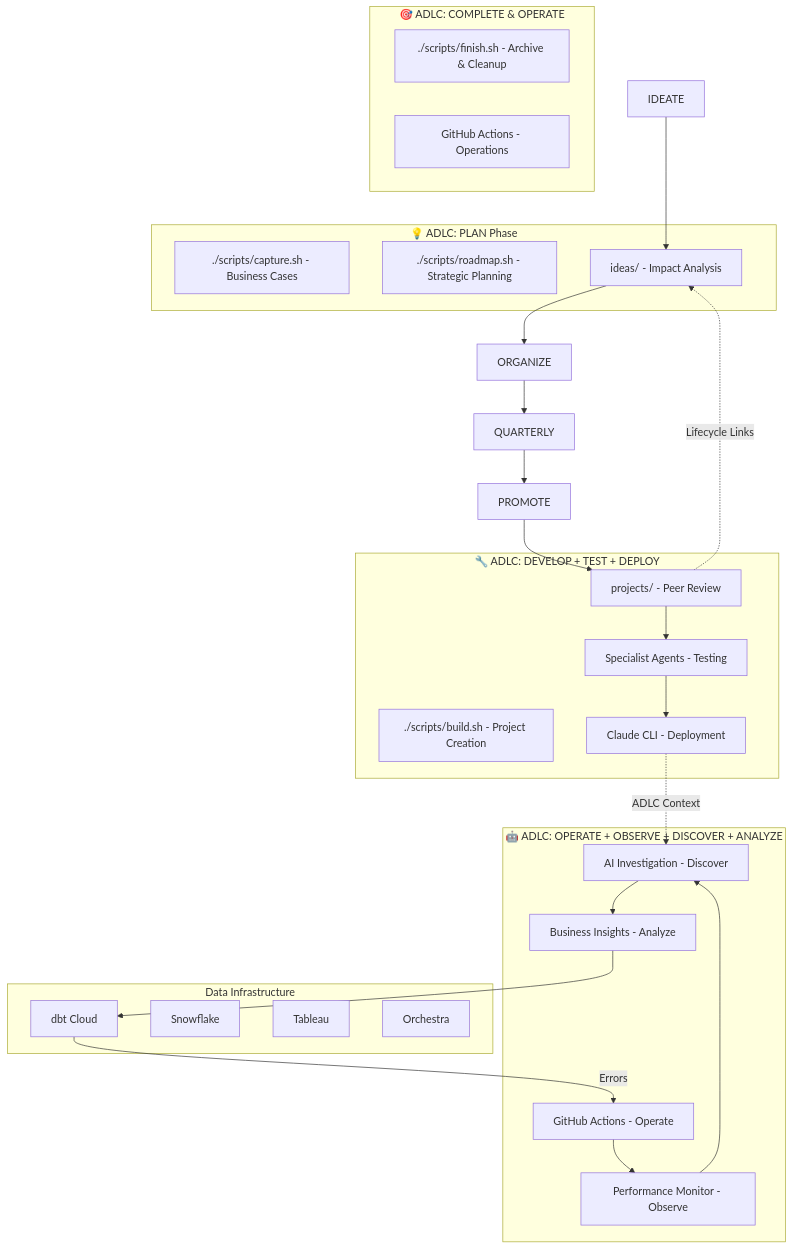
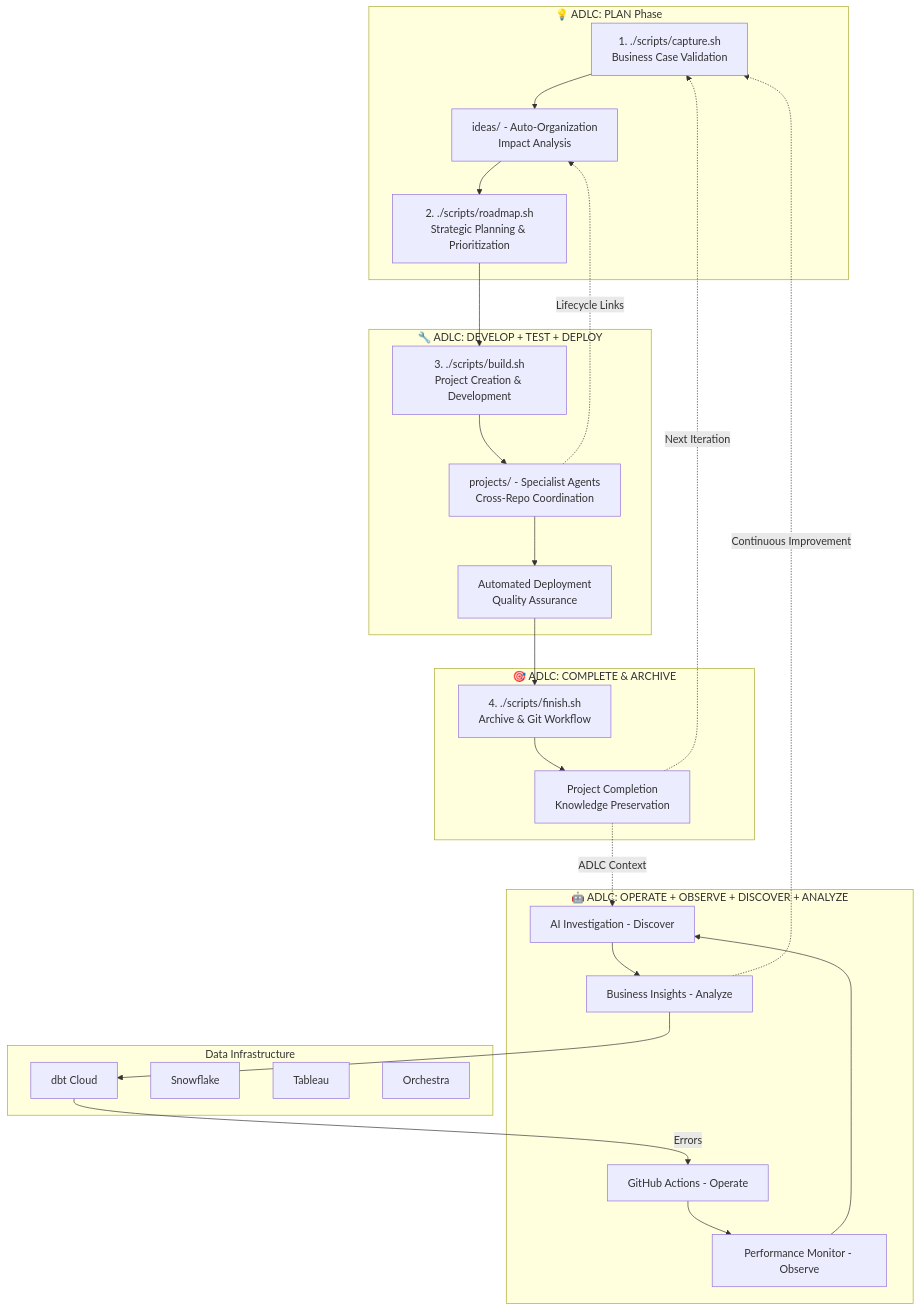
One commit to dylpickledev/claude-adlc-framework changed the diagram in README.md. Above: the diagram before and after it, drawn with Mermaid. The commit also changed other lines of this file, not shown here.

Commit message:
feat: Update README with simplified 4-command ADLC workflow and cleanup (#51)
* feat: Update README mermaid graph to reflect simplified 4-command ADLC workflow

- Numbered the 4 core commands (1-4) for clear sequencing
- Simplified flow from capture → roadmap → build → finish
- Added continuous improvement and next iteration loops
- Enhanced visual clarity with better command descriptions
- Aligned with simplified Analytics Development Lifecycle approach

🤖 Generated with [Claude Code](https://claude.ai/code)

* feat: Remove Cost & ROI section from README

- Cleaned up README to focus on core functionality
- Removed cost/benefit analysis section per user feedback

🤖 Generated with [Claude Code](https://claude.ai/code)

---------

````diff
--- a/README.md
+++ b/README.md
@@ -27,51 +27,57 @@
 ```mermaid
 graph TB
     subgraph "💡 ADLC: PLAN Phase"
-        CAPTURE["./scripts/capture.sh - Business Cases"]
-        ROADMAP["./scripts/roadmap.sh - Strategic Planning"]
-        IDEAS[ideas/ - Impact Analysis]
+        CAPTURE["1. ./scripts/capture.sh<br/>Business Case Validation"]
+        ROADMAP["2. ./scripts/roadmap.sh<br/>Strategic Planning & Prioritization"]
+        IDEAS[ideas/ - Auto-Organization<br/>Impact Analysis]
     end
 
     subgraph "🔧 ADLC: DEVELOP + TEST + DEPLOY"
-        BUILD["./scripts/build.sh - Project Creation"]
-        PROJECTS[projects/ - Peer Review]
-        AGENTS[Specialist Agents - Testing]
-        CLI[Claude CLI - Deployment]
+        BUILD["3. ./scripts/build.sh<br/>Project Creation & Development"]
+        PROJECTS[projects/ - Specialist Agents<br/>Cross-Repo Coordination]
+        DEPLOY[Automated Deployment<br/>Quality Assurance]
     end
 
-    subgraph "🎯 ADLC: COMPLETE & OPERATE"
-        FINISH["./scripts/finish.sh - Archive & Cleanup"]
-        OPS[GitHub Actions - Operations]
+    subgraph "🎯 ADLC: COMPLETE & ARCHIVE"
+        FINISH["4. ./scripts/finish.sh<br/>Archive & Git Workflow"]
+        COMPLETE[Project Completion<br/>Knowledge Preservation]
     end
 
     subgraph "🤖 ADLC: OPERATE + OBSERVE + DISCOVER + ANALYZE"
         GHA[GitHub Actions - Operate]
         MONITOR[Performance Monitor - Observe]
         INVESTIGATE[AI Investigation - Discover]
         INSIGHTS[Business Insights - Analyze]
     end
 
     subgraph "Data Infrastructure"
         DBT[dbt Cloud]
         SF[Snowflake]
         TB[Tableau]
         ORCH[Orchestra]
     end
 
-    IDEATE --> IDEAS
-    IDEAS --> ORGANIZE
-    ORGANIZE --> QUARTERLY
-    QUARTERLY --> PROMOTE
-    PROMOTE --> PROJECTS
-    PROJECTS --> AGENTS
-    AGENTS --> CLI
+    %% Simplified 4-Command Flow
+    CAPTURE --> IDEAS
+    IDEAS --> ROADMAP
+    ROADMAP --> BUILD
+    BUILD --> PROJECTS
+    PROJECTS --> DEPLOY
+    DEPLOY --> FINISH
+    FINISH --> COMPLETE
 
+    %% Automated Operations Loop
     DBT -->|Errors| GHA
     GHA --> MONITOR
     MONITOR --> INVESTIGATE
     INVESTIGATE --> INSIGHTS
     INSIGHTS --> DBT
 
-    CLI -.->|"ADLC Context"| INVESTIGATE
+    %% Context Preservation
+    COMPLETE -.->|"ADLC Context"| INVESTIGATE
     PROJECTS -.->|"Lifecycle Links"| IDEAS
+    INSIGHTS -.->|"Continuous Improvement"| CAPTURE
+
+    %% Command Cycling
+    COMPLETE -.->|"Next Iteration"| CAPTURE
 ```
````
